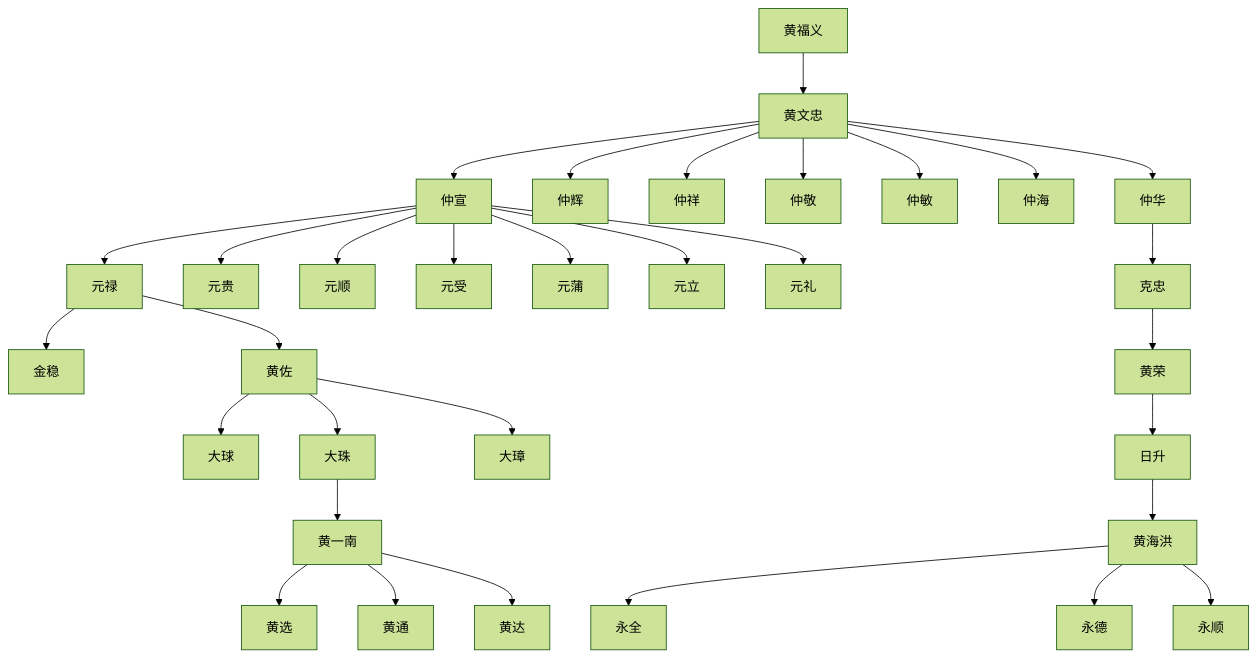
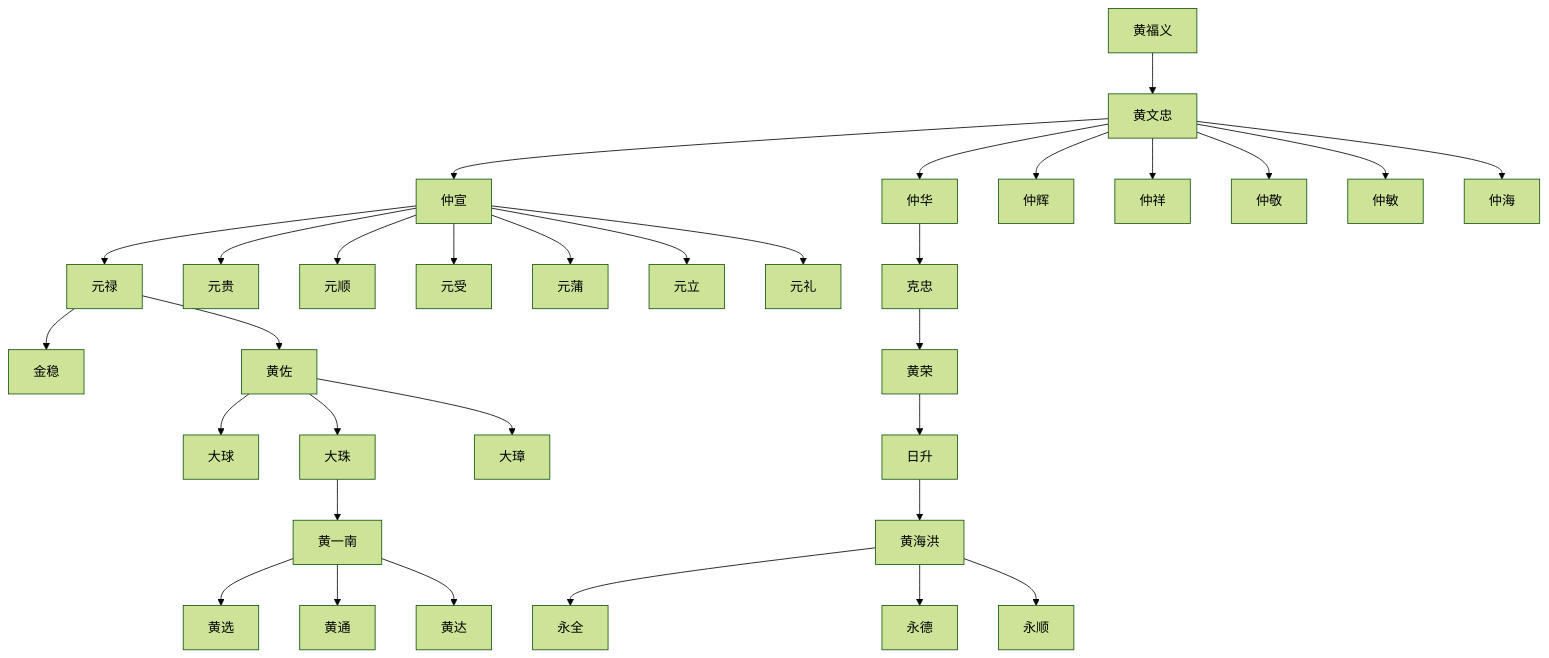
One commit to jeanim/jiapu changed the diagram in contents/chapter2.md. Above: the diagram before and after it, drawn with Mermaid (forest theme).

```diff
--- a/contents/chapter2.md
+++ b/contents/chapter2.md
@@ -5,34 +5,34 @@
 {% mermaid %}
 graph TB;
   huangfuyi["黄福义"]-->huangwenzhong["黄文忠"];
   huangwenzhong["黄文忠"]-->zhongxuan["仲宣"];
-  huangwenzhong["黄文忠"]-->zhonghui["仲辉"];
-  huangwenzhong["黄文忠"]-->zhongxiang["仲祥"];
-  huangwenzhong["黄文忠"]-->zhongjing["仲敬"];
-  huangwenzhong["黄文忠"]-->zhongmin["仲敏"];
-  huangwenzhong["黄文忠"]-->zhonghai["仲海"];  
   zhongxuan["仲宣"]-->yuanlu["元禄"];
-  zhongxuan["仲宣"]-->yuangui["元贵"];
-  zhongxuan["仲宣"]-->yuanshun["元顺"];
-  zhongxuan["仲宣"]-->yuanshou["元受"];
-  zhongxuan["仲宣"]-->yuanpu["元蒲"];
-  zhongxuan["仲宣"]-->yuanli["元立"];
-  zhongxuan["仲宣"]-->yuanli2["元礼"];
   yuanlu["元禄"]-->jingwen["金稳"];
   yuanlu["元禄"]-->huangzuo["黄佐"];
   huangzuo["黄佐"]-->daqiu["大球"];
   huangzuo["黄佐"]-->dazhu["大珠"];
   dazhu["大珠"]-->huangyinan["黄一南"];
   huangyinan["黄一南"]-->huangxuan["黄选"];
   huangyinan["黄一南"]-->huangtong["黄通"];
-  huangyinan["黄一南"]-->huangda["黄达"];  
+  huangyinan["黄一南"]-->huangda["黄达"];
   huangzuo["黄佐"]-->dazhang["大璋"];
+  zhongxuan["仲宣"]-->yuangui["元贵"];
+  zhongxuan["仲宣"]-->yuanshun["元顺"];
+  zhongxuan["仲宣"]-->yuanshou["元受"];
+  zhongxuan["仲宣"]-->yuanpu["元蒲"];
+  zhongxuan["仲宣"]-->yuanli["元立"];
+  zhongxuan["仲宣"]-->yuanli2["元礼"];
   huangwenzhong["黄文忠"]-->zhonghua["仲华"];
   zhonghua["仲华"]-->kezhong["克忠"];
   kezhong["克忠"]-->huangrong["黄荣"];
   huangrong["黄荣"]-->risheng["日升"];
   risheng["日升"]-->huanghaihong["黄海洪"];
   huanghaihong["黄海洪"]-->yongquan["永全"];
   huanghaihong["黄海洪"]-->yongde["永德"];
-  huanghaihong["黄海洪"]-->yongshun["永顺"];  
+  huanghaihong["黄海洪"]-->yongshun["永顺"];
+  huangwenzhong["黄文忠"]-->zhonghui["仲辉"];
+  huangwenzhong["黄文忠"]-->zhongxiang["仲祥"];
+  huangwenzhong["黄文忠"]-->zhongjing["仲敬"];
+  huangwenzhong["黄文忠"]-->zhongmin["仲敏"];
+  huangwenzhong["黄文忠"]-->zhonghai["仲海"];  
 {% endmermaid %}
```
